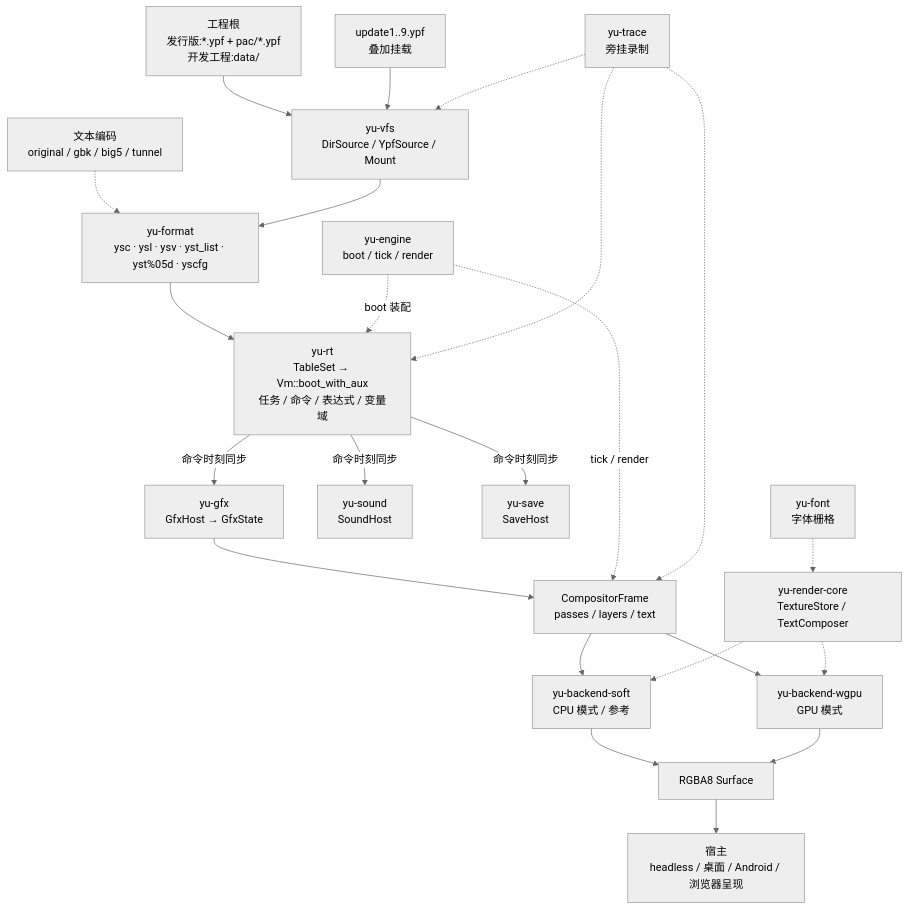
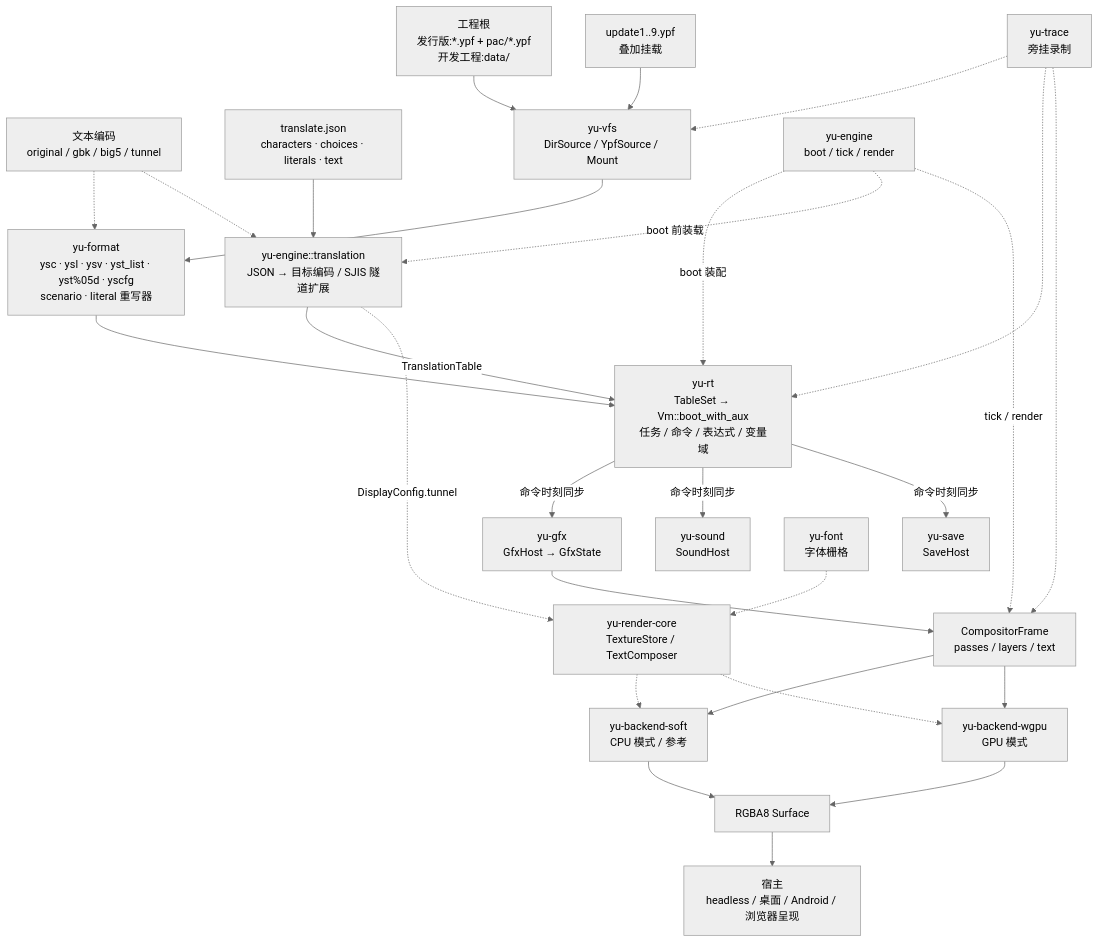
One commit to NotFaceGUI/yuris-kernel changed the second of 2 diagrams in README.md. Above: the diagram before and after it, drawn with Mermaid (neutral theme). The commit also changed other lines of this file and 19 other files, not shown here.

````diff
--- a/README.md
+++ b/README.md
@@ -235,43 +276,50 @@
 ```mermaid
 flowchart TD
     PROJ["工程根<br/>发行版:*.ypf + pac/*.ypf<br/>开发工程:data/"]
     UPD["update1..9.ypf<br/>叠加挂载"]
     PATCH["文本编码<br/>original / gbk / big5 / tunnel"]
+    TRJ["translate.json<br/>characters · choices · literals · text"]
+    TRANS["yu-engine::translation<br/>JSON → 目标编码 / SJIS 隧道扩展"]
     VFS["yu-vfs<br/>DirSource / YpfSource / Mount"]
-    FMT["yu-format<br/>ysc · ysl · ysv · yst_list · yst%05d · yscfg"]
+    FMT["yu-format<br/>ysc · ysl · ysv · yst_list · yst%05d · yscfg<br/>scenario · literal 重写器"]
     RT["yu-rt<br/>TableSet → Vm::boot_with_aux<br/>任务 / 命令 / 表达式 / 变量域"]
     GFX["yu-gfx<br/>GfxHost → GfxState"]
     SND["yu-sound<br/>SoundHost"]
     SAV["yu-save<br/>SaveHost"]
     CF["CompositorFrame<br/>passes / layers / text"]
     CORE["yu-render-core<br/>TextureStore / TextComposer"]
     FONT["yu-font<br/>字体栅格"]
     SOFT["yu-backend-soft<br/>CPU 模式 / 参考"]
     WGPU["yu-backend-wgpu<br/>GPU 模式"]
     SURF["RGBA8 Surface"]
     HOST["宿主<br/>headless / 桌面 / Android / 浏览器呈现"]
     ENG["yu-engine<br/>boot / tick / render"]
     TRACE["yu-trace<br/>旁挂录制"]
 
     PROJ --> VFS
     UPD --> VFS
     PATCH -.-> FMT
+    PATCH -.-> TRANS
+    TRJ --> TRANS
+    TRANS -->|"TranslationTable"| RT
+    TRANS -.->|"DisplayConfig.tunnel"| CORE
     VFS --> FMT --> RT
     RT -->|"命令时刻同步"| GFX
     RT -->|"命令时刻同步"| SND
     RT -->|"命令时刻同步"| SAV
     GFX --> CF
     CF --> SOFT
     CF --> WGPU
     FONT -.-> CORE
     CORE -.-> SOFT
     CORE -.-> WGPU
     SOFT --> SURF
     WGPU --> SURF
     SURF --> HOST
     ENG -.->|"boot 装配"| RT
+    ENG -.->|"boot 前装载"| TRANS
     ENG -.->|"tick / render"| CF
     TRACE -.-> VFS
     TRACE -.-> RT
     TRACE -.-> CF
 ```
````
